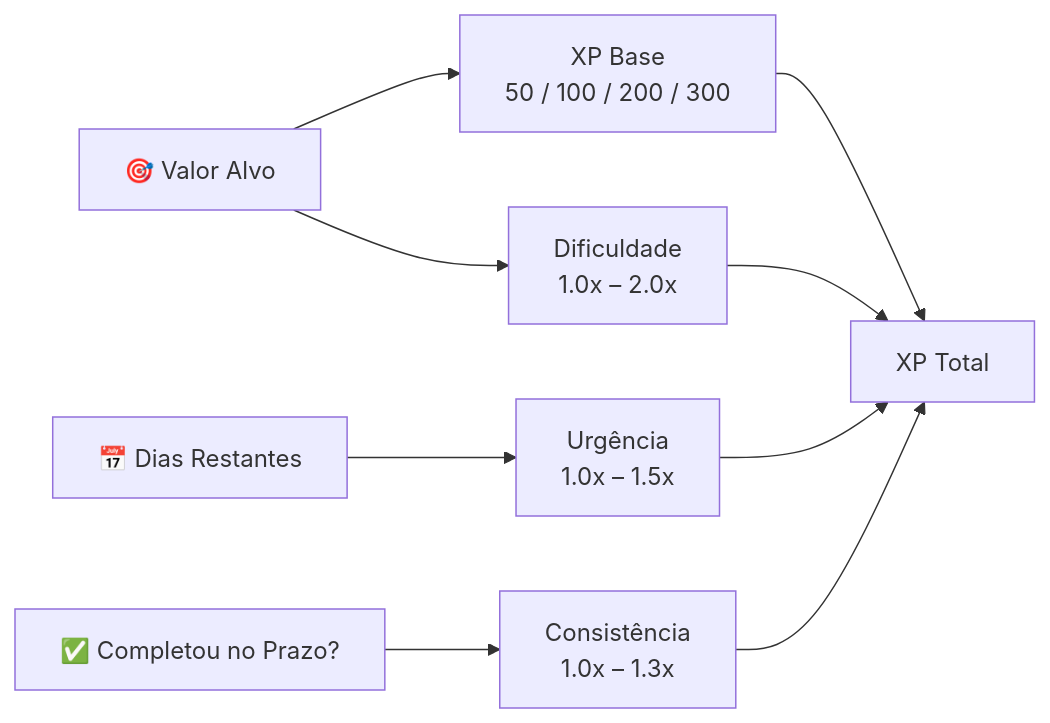
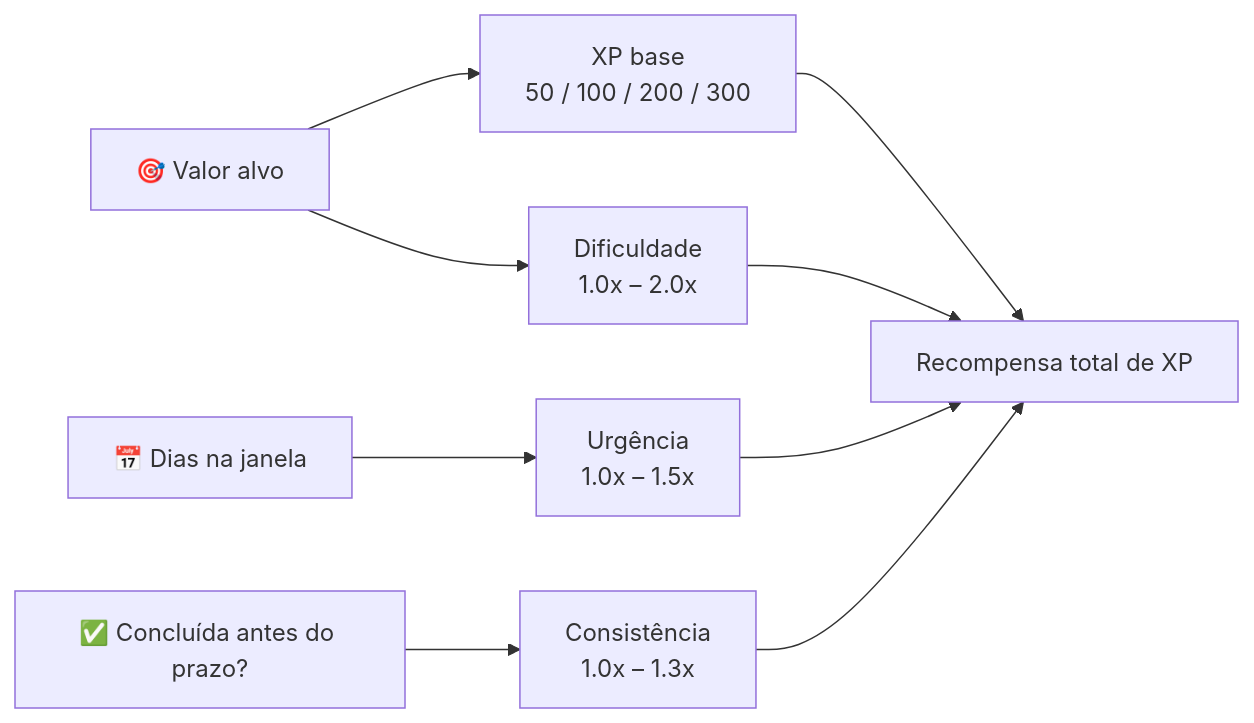
Before and after one commit to AndDev741/Beyou-arch-design: the second of 5 diagrams in architecture/domain-model/pt.md, drawn with Mermaid. The commit also changed other lines of this file and 3 other files, not shown here.

First line of the commit message:
docs(architecture): bring the domain model up to the real entity set

````diff
--- a/architecture/domain-model/pt.md
+++ b/architecture/domain-model/pt.md
@@ -175,11 +150,11 @@
 ```mermaid
 flowchart LR
-  TV["🎯 Valor Alvo"] --> BASE["XP Base<br/>50 / 100 / 200 / 300"]
+  TV["🎯 Valor alvo"] --> BASE["XP base<br/>50 / 100 / 200 / 300"]
   TV --> DIFF["Dificuldade<br/>1.0x – 2.0x"]
-  DL["📅 Dias Restantes"] --> URG["Urgência<br/>1.0x – 1.5x"]
-  CD["✅ Completou no Prazo?"] --> CON["Consistência<br/>1.0x – 1.3x"]
-  BASE --> TOTAL["XP Total"]
+  DL["📅 Dias na janela"] --> URG["Urgência<br/>1.0x – 1.5x"]
+  CD["✅ Concluída antes do prazo?"] --> CON["Consistência<br/>1.0x – 1.3x"]
+  BASE --> TOTAL["Recompensa total de XP"]
   DIFF --> TOTAL
   URG --> TOTAL
   CON --> TOTAL
 ```
````
